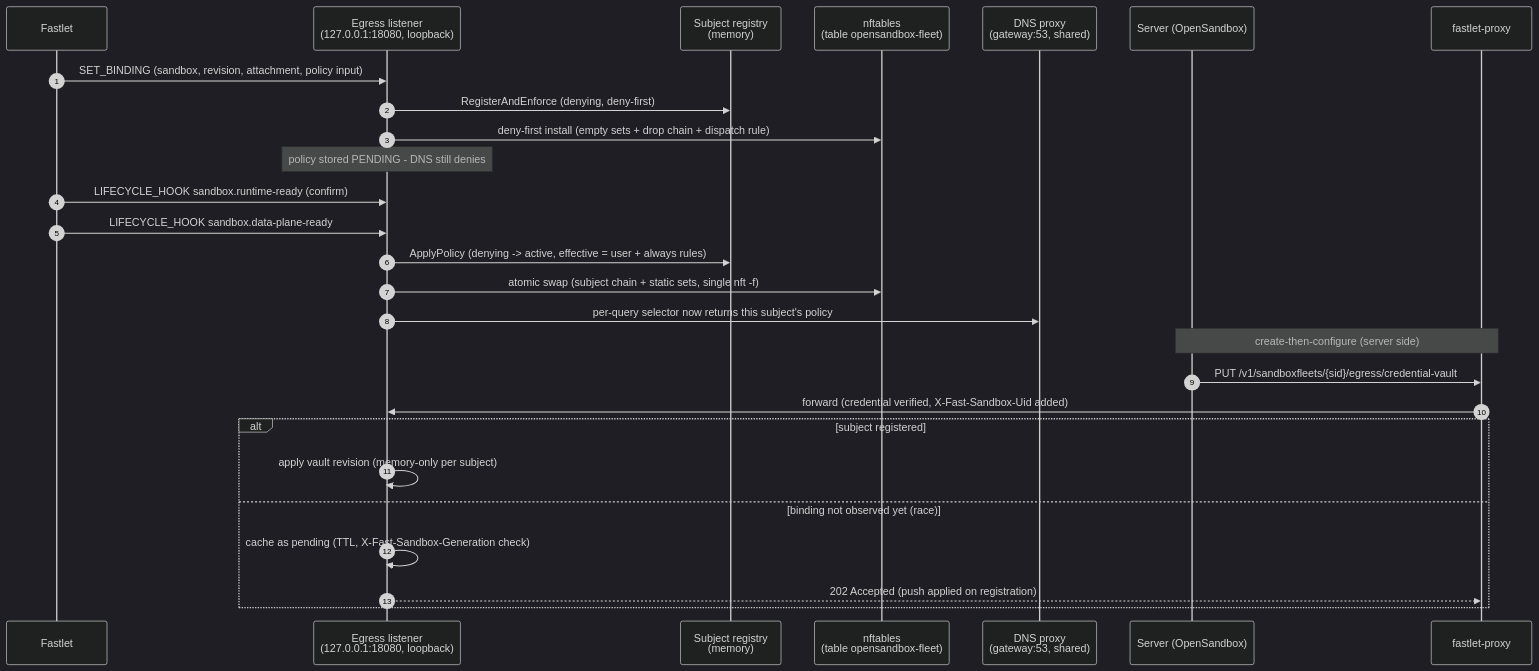
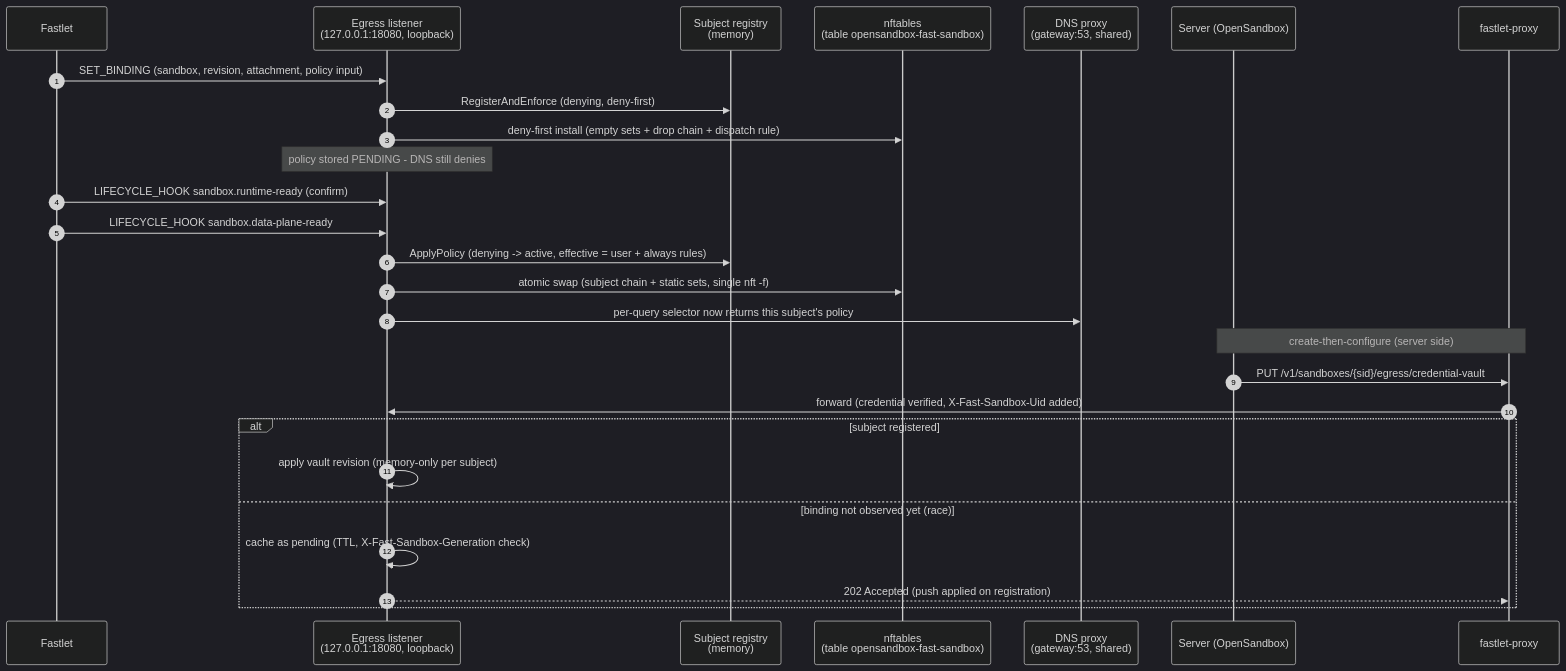
The second of 4 diagrams in components/egress/docs/policy-traffic-vault-flow.md (Pangjiping/OpenSandbox), drawn with Mermaid (dark theme) before and after one commit. The commit also changed other lines of this file and 101 other files, not shown here.

First line of the commit message:
refactor: standardize Fast Sandbox naming across server and gateways (#1811)

````diff
--- a/components/egress/docs/policy-traffic-vault-flow.md
+++ b/components/egress/docs/policy-traffic-vault-flow.md
@@ -57,30 +57,30 @@
 ```mermaid
 sequenceDiagram
     autonumber
     participant F as Fastlet
     participant E as Egress listener<br/>(127.0.0.1:18080, loopback)
     participant R as Subject registry<br/>(memory)
-    participant N as nftables<br/>(table opensandbox-fleet)
+    participant N as nftables<br/>(table opensandbox-fast-sandbox)
     participant D as DNS proxy<br/>(gateway:53, shared)
     participant S as Server (OpenSandbox)
     participant P as fastlet-proxy
 
     F->>E: SET_BINDING (sandbox, revision, attachment, policy input)
     E->>R: RegisterAndEnforce (denying, deny-first)
     E->>N: deny-first install (empty sets + drop chain + dispatch rule)
     Note over E: policy stored PENDING - DNS still denies
     F->>E: LIFECYCLE_HOOK sandbox.runtime-ready (confirm)
     F->>E: LIFECYCLE_HOOK sandbox.data-plane-ready
     E->>R: ApplyPolicy (denying -> active, effective = user + always rules)
     E->>N: atomic swap (subject chain + static sets, single nft -f)
     E->>D: per-query selector now returns this subject's policy
     Note over S,P: create-then-configure (server side)
-    S->>P: PUT /v1/sandboxfleets/{sid}/egress/credential-vault
+    S->>P: PUT /v1/sandboxes/{sid}/egress/credential-vault
     P->>E: forward (credential verified, X-Fast-Sandbox-Uid added)
     alt subject registered
         E->>E: apply vault revision (memory-only per subject)
     else binding not observed yet (race)
         E->>E: cache as pending (TTL, X-Fast-Sandbox-Generation check)
         E-->>P: 202 Accepted (push applied on registration)
     end
 ```
````
